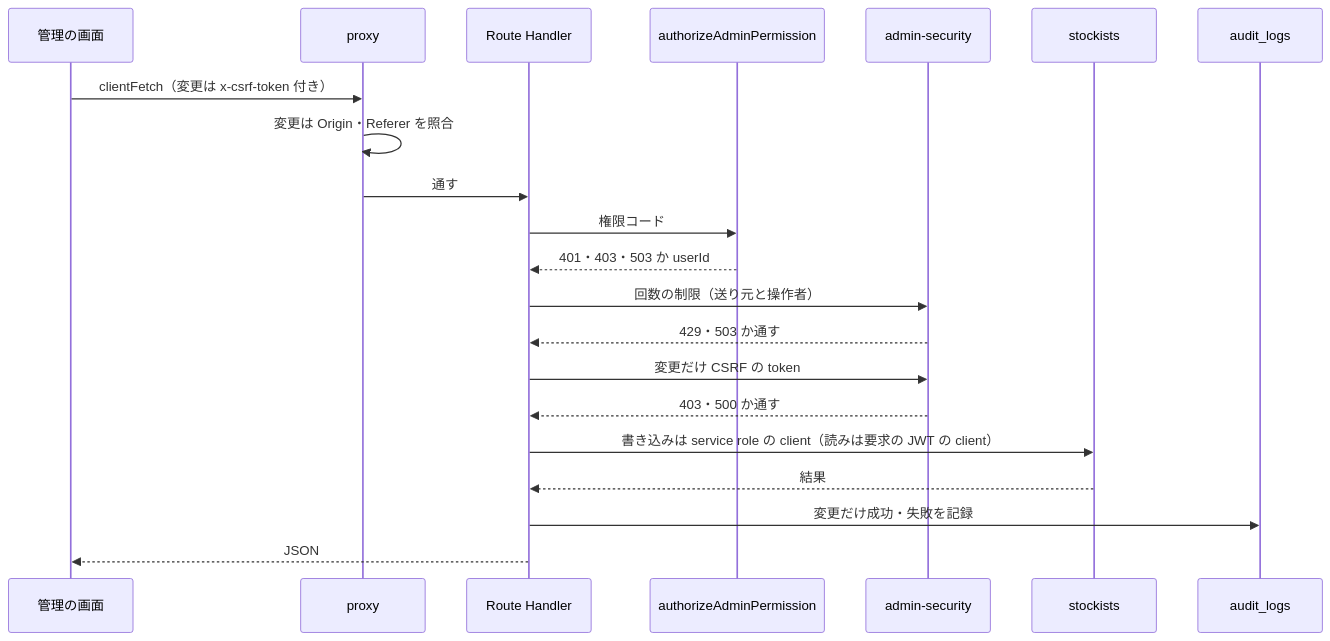
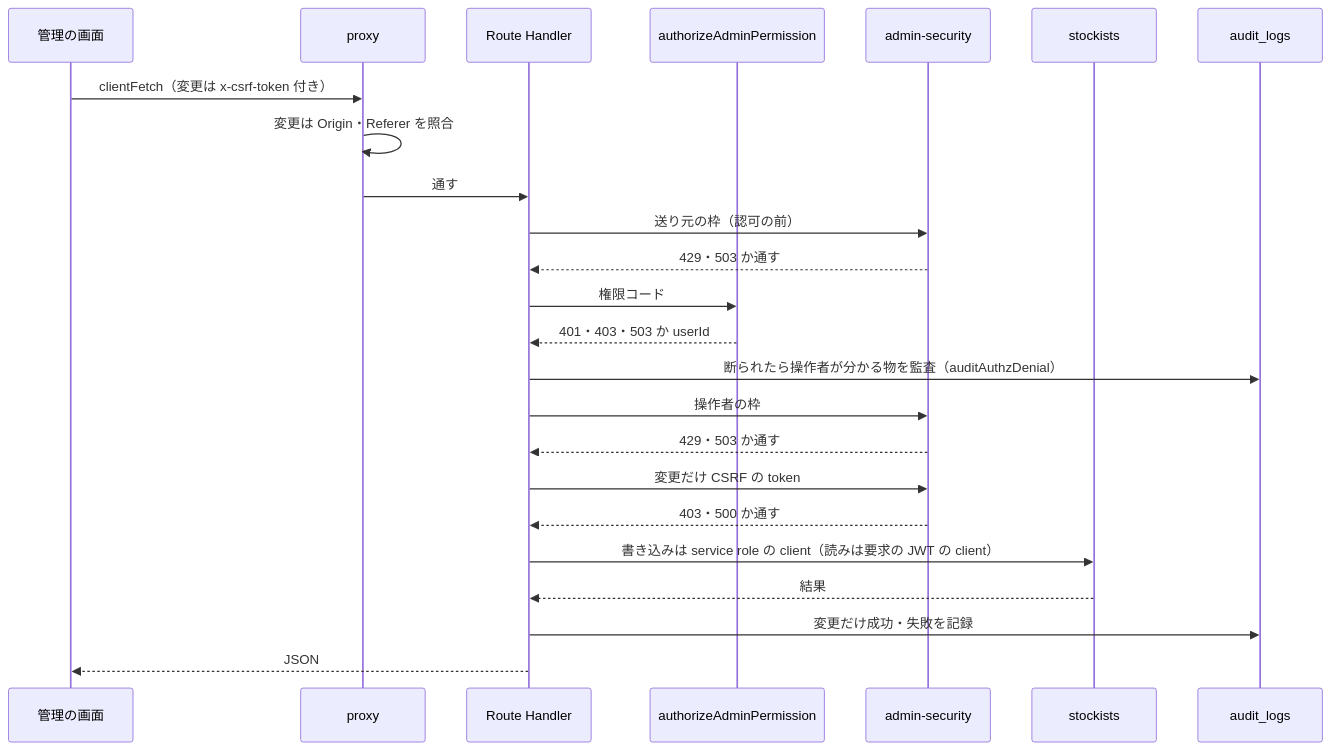
Before and after one commit to ChocoWork/o_official: the second of 6 diagrams in docs/03_BasicDesign/areas/stockist.md, drawn with Mermaid. The commit also changed other lines of this file and 56 other files, not shown here.

````diff
--- a/docs/03_BasicDesign/areas/stockist.md
+++ b/docs/03_BasicDesign/areas/stockist.md
@@ -97,23 +97,26 @@
 ```mermaid
 sequenceDiagram
   participant B as 管理の画面
   participant P as proxy
   participant R as Route Handler
   participant Z as authorizeAdminPermission
   participant S as admin-security
   participant D as stockists
   participant L as audit_logs
   B->>P: clientFetch（変更は x-csrf-token 付き）
   P->>P: 変更は Origin・Referer を照合
   P->>R: 通す
+  R->>S: 送り元の枠（認可の前）
+  S-->>R: 429・503 か通す
   R->>Z: 権限コード
   Z-->>R: 401・403・503 か userId
-  R->>S: 回数の制限（送り元と操作者）
+  R->>L: 断られたら操作者が分かる物を監査（auditAuthzDenial）
+  R->>S: 操作者の枠
   S-->>R: 429・503 か通す
   R->>S: 変更だけ CSRF の token
   S-->>R: 403・500 か通す
   R->>D: 書き込みは service role の client（読みは要求の JWT の client）
   D-->>R: 結果
   R->>L: 変更だけ成功・失敗を記録
   R-->>B: JSON
 ```
````
